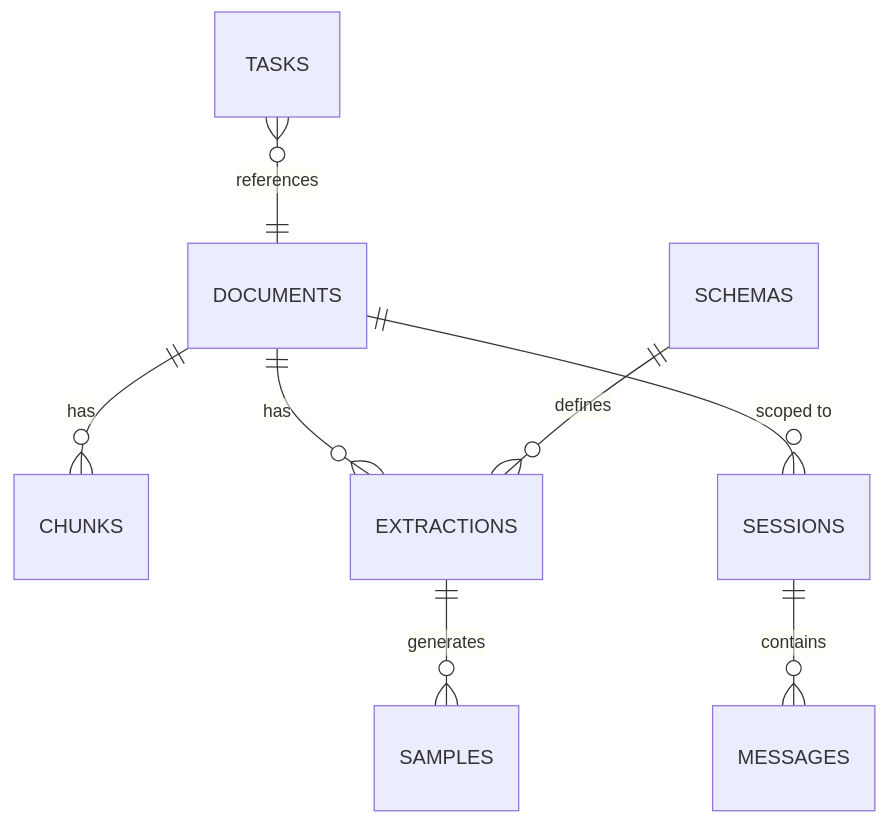
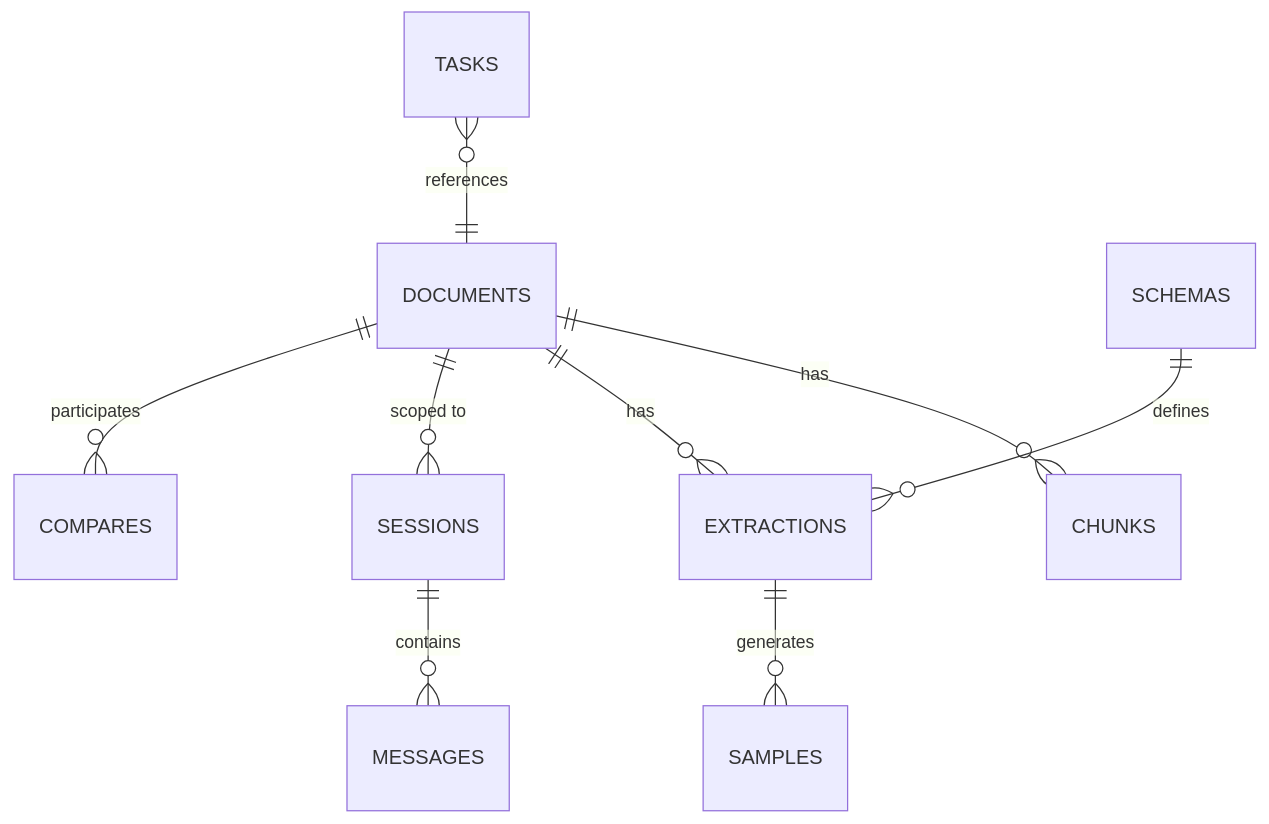
One commit to flowerwithwind/docmind changed the third of 3 diagrams in docs/需求开发文档.md. Above: the diagram before and after it, drawn with Mermaid. The commit also changed other lines of this file, not shown here.

````diff
--- a/docs/需求开发文档.md
+++ b/docs/需求开发文档.md
@@ -380,10 +619,11 @@
 ```mermaid
 erDiagram
     DOCUMENTS ||--o{ CHUNKS : has
     DOCUMENTS ||--o{ EXTRACTIONS : has
     DOCUMENTS ||--o{ SESSIONS : "scoped to"
     SCHEMAS ||--o{ EXTRACTIONS : defines
     EXTRACTIONS ||--o{ SAMPLES : generates
     SESSIONS ||--o{ MESSAGES : contains
+    DOCUMENTS ||--o{ COMPARES : "participates"
     TASKS }o--|| DOCUMENTS : references
 ```
````
